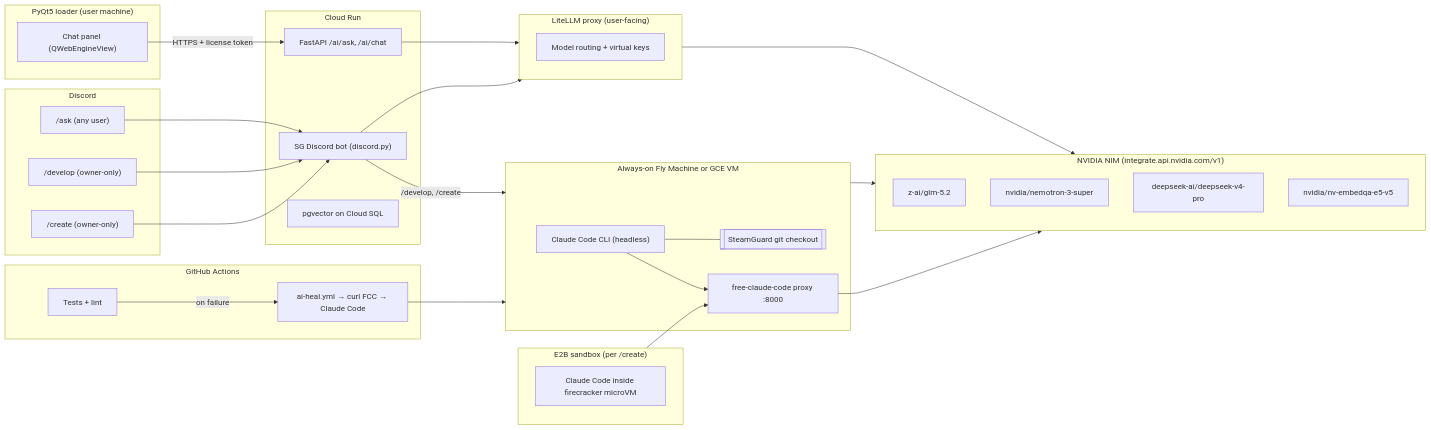
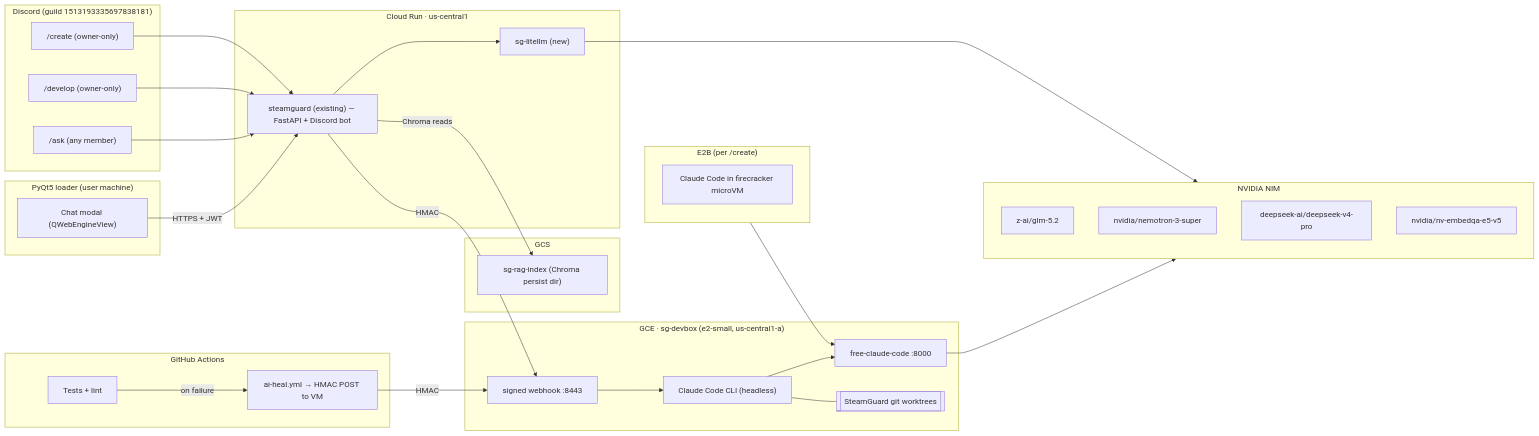
One commit to rivvak/SteamGuard changed the diagram in docs/AI_INTEGRATION_PLAN.md. Above: the diagram before and after it, drawn with Mermaid. The commit also changed other lines of this file, not shown here.

First line of the commit message:
docs(ai): v3 — lock all decisions (GCE not Fly, Chroma, dashboard/**, IDs)

````diff
--- a/docs/AI_INTEGRATION_PLAN.md
+++ b/docs/AI_INTEGRATION_PLAN.md
@@ -38,59 +61,59 @@
 ```mermaid
 flowchart LR
     subgraph Client["PyQt5 loader (user machine)"]
-        UI["Chat panel (QWebEngineView)"]
+        UI["Chat modal (QWebEngineView)"]
     end
 
-    subgraph Discord["Discord"]
-        ASK["/ask (any user)"]
+    subgraph Discord["Discord (guild 1513193335697838181)"]
+        ASK["/ask (any member)"]
         DEV["/develop (owner-only)"]
         CREATE["/create (owner-only)"]
     end
 
-    subgraph CloudRun["Cloud Run"]
-        API["FastAPI /ai/ask, /ai/chat"]
-        BOT["SG Discord bot (discord.py)"]
-        RAG["pgvector on Cloud SQL"]
+    subgraph CloudRun["Cloud Run · us-central1"]
+        SG["steamguard (existing) — FastAPI + Discord bot"]
+        LL["sg-litellm (new)"]
     end
 
-    subgraph VM["Always-on Fly Machine or GCE VM"]
-        FCC["free-claude-code proxy :8000"]
+    subgraph GCS["GCS"]
+        BUCKET["sg-rag-index (Chroma persist dir)"]
+    end
+
+    subgraph VM["GCE · sg-devbox (e2-small, us-central1-a)"]
+        FCC["free-claude-code :8000"]
         CC["Claude Code CLI (headless)"]
-        REPO[["SteamGuard git checkout"]]
+        REPO[["SteamGuard git worktrees"]]
+        HOOK["signed webhook :8443"]
     end
 
     subgraph GHA["GitHub Actions"]
         CI["Tests + lint"]
-        HEAL["ai-heal.yml → curl FCC → Claude Code"]
+        HEAL["ai-heal.yml → HMAC POST to VM"]
     end
 
-    subgraph Sandbox["E2B sandbox (per /create)"]
-        BOX["Claude Code inside firecracker microVM"]
+    subgraph Sandbox["E2B (per /create)"]
+        BOX["Claude Code in firecracker microVM"]
     end
 
-    subgraph NIM["NVIDIA NIM (integrate.api.nvidia.com/v1)"]
+    subgraph NIM["NVIDIA NIM"]
         GLM["z-ai/glm-5.2"]
         NEM["nvidia/nemotron-3-super"]
         DS["deepseek-ai/deepseek-v4-pro"]
         EMB["nvidia/nv-embedqa-e5-v5"]
     end
 
-    subgraph LiteLLM["LiteLLM proxy (user-facing)"]
-        LL["Model routing + virtual keys"]
-    end
-
-    UI -->|HTTPS + license token| API
-    ASK --> BOT
-    DEV --> BOT
-    CREATE --> BOT
-    API --> LiteLLM
-    BOT --> LiteLLM
-    BOT -->|/develop, /create| VM
-    LiteLLM --> NIM
-    VM --> NIM
+    UI -->|HTTPS + JWT| SG
+    ASK --> SG
+    DEV --> SG
+    CREATE --> SG
+    SG -->|Chroma reads| BUCKET
+    SG --> LL
+    SG -->|HMAC| HOOK
+    HOOK --> CC
     CC --> FCC --> NIM
     CC --- REPO
+    LL --> NIM
     CI -- on failure --> HEAL
-    HEAL --> VM
+    HEAL -->|HMAC| HOOK
     Sandbox --> FCC
 ```
````
